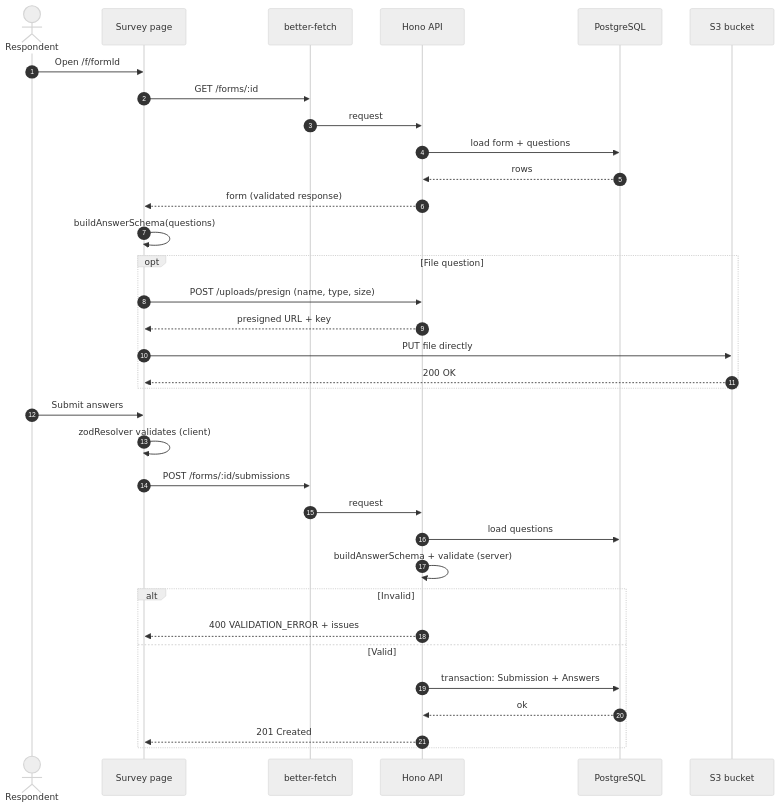
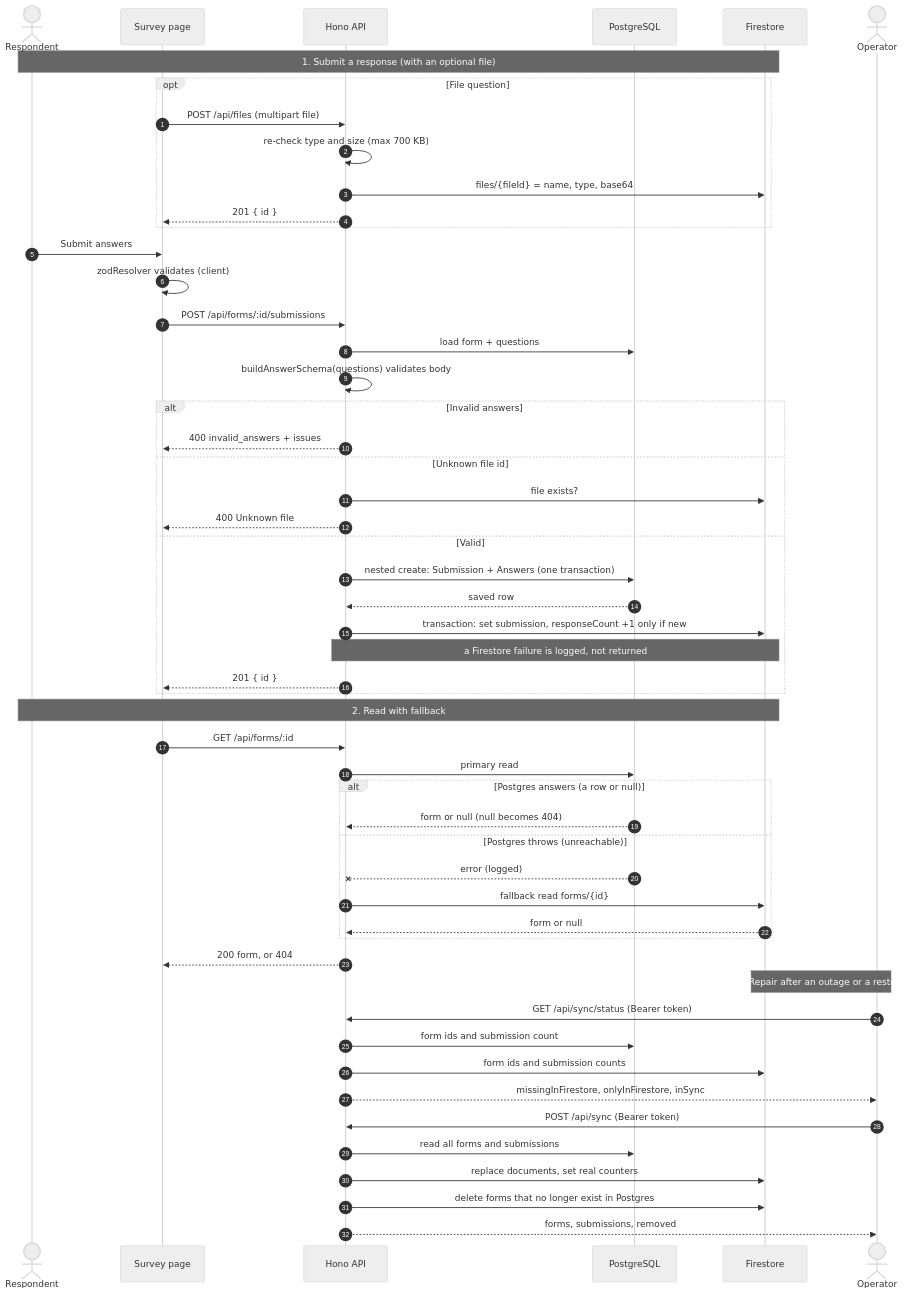
Before and after one commit to kasinadhsarma/survey-forms: the diagram in docs/sequence.mmd, drawn with Mermaid (neutral theme). The commit also changed 9 other files, not shown here.

Commit message:
feat: update architecture and schema diagrams; add development workflow and roadmap; implement error handling and Firestore initialization

```diff
--- a/docs/sequence.mmd
+++ b/docs/sequence.mmd
@@ -1,37 +1,56 @@
 sequenceDiagram
     autonumber
     actor U as Respondent
     participant P as Survey page
-    participant F as better-fetch
     participant A as Hono API
-    participant D as PostgreSQL
-    participant S as S3 bucket
+    participant PG as PostgreSQL
+    participant FS as Firestore
+    actor O as Operator
 
-    U->>P: Open /f/formId
-    P->>F: GET /forms/:id
-    F->>A: request
-    A->>D: load form + questions
-    D-->>A: rows
-    A-->>P: form (validated response)
-    P->>P: buildAnswerSchema(questions)
-
+    Note over U,FS: 1. Submit a response (with an optional file)
     opt File question
-        P->>A: POST /uploads/presign (name, type, size)
-        A-->>P: presigned URL + key
-        P->>S: PUT file directly
-        S-->>P: 200 OK
+        P->>A: POST /api/files (multipart file)
+        A->>A: re-check type and size (max 700 KB)
+        A->>FS: files/{fileId} = name, type, base64
+        A-->>P: 201 { id }
+    end
+    U->>P: Submit answers
+    P->>P: zodResolver validates (client)
+    P->>A: POST /api/forms/:id/submissions
+    A->>PG: load form + questions
+    A->>A: buildAnswerSchema(questions) validates body
+    alt Invalid answers
+        A-->>P: 400 invalid_answers + issues
+    else Unknown file id
+        A->>FS: file exists?
+        A-->>P: 400 Unknown file
+    else Valid
+        A->>PG: nested create: Submission + Answers (one transaction)
+        PG-->>A: saved row
+        A->>FS: transaction: set submission, responseCount +1 only if new
+        Note over A,FS: a Firestore failure is logged, not returned
+        A-->>P: 201 { id }
     end
 
-    U->>P: Submit answers
-    P->>P: zodResolver validates (client)
-    P->>F: POST /forms/:id/submissions
-    F->>A: request
-    A->>D: load questions
-    A->>A: buildAnswerSchema + validate (server)
-    alt Invalid
-        A-->>P: 400 VALIDATION_ERROR + issues
-    else Valid
-        A->>D: transaction: Submission + Answers
-        D-->>A: ok
-        A-->>P: 201 Created
+    Note over U,FS: 2. Read with fallback
+    P->>A: GET /api/forms/:id
+    A->>PG: primary read
+    alt Postgres answers (a row or null)
+        PG-->>A: form or null (null becomes 404)
+    else Postgres throws (unreachable)
+        PG--xA: error (logged)
+        A->>FS: fallback read forms/{id}
+        FS-->>A: form or null
     end
+    A-->>P: 200 form, or 404
+
+    Note over O,FS: 3. Repair after an outage or a restore
+    O->>A: GET /api/sync/status (Bearer token)
+    A->>PG: form ids and submission count
+    A->>FS: form ids and submission counts
+    A-->>O: missingInFirestore, onlyInFirestore, inSync
+    O->>A: POST /api/sync (Bearer token)
+    A->>PG: read all forms and submissions
+    A->>FS: replace documents, set real counters
+    A->>FS: delete forms that no longer exist in Postgres
+    A-->>O: forms, submissions, removed
```
